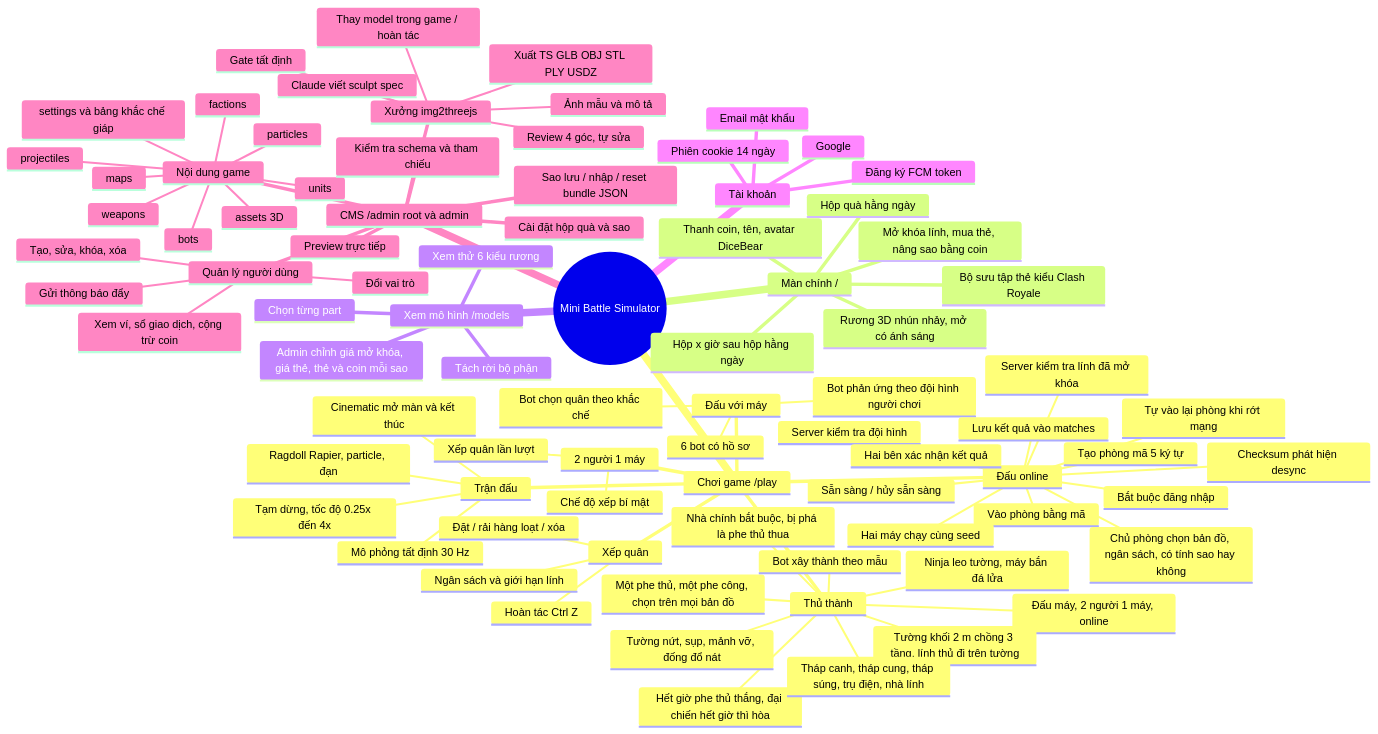
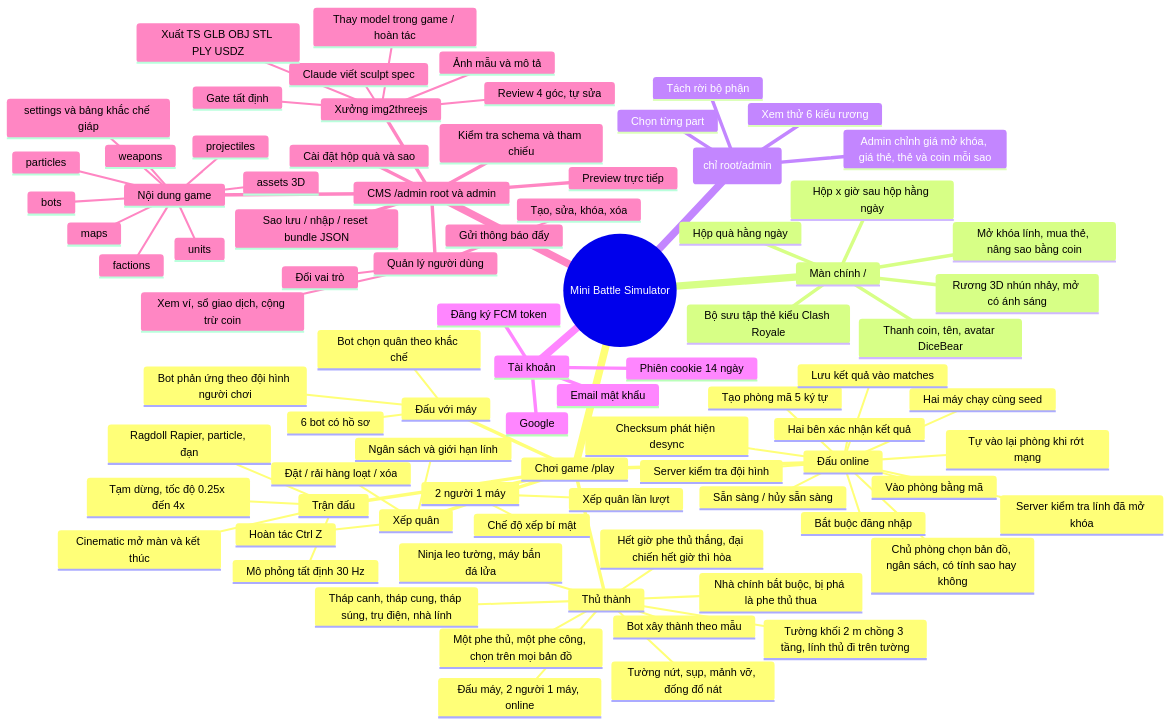
The second of 11 diagrams in docs/ARCHITECTURE.md (lualua0909/simulator-battle-webgame), drawn with Mermaid before and after one commit. The commit also changed other lines of this file and 14 other files, not shown here.

```diff
--- a/docs/ARCHITECTURE.md
+++ b/docs/ARCHITECTURE.md
@@ -129,7 +129,7 @@
       Rương 3D nhún nhảy, mở có ánh sáng
       Bộ sưu tập thẻ kiểu Clash Royale
       Mở khóa lính, mua thẻ, nâng sao bằng coin
-    Xem mô hình /models
+    Xưởng mô hình /models (chỉ root/admin)
       Tách rời bộ phận
       Chọn từng part
       Xem thử 6 kiểu rương
```
